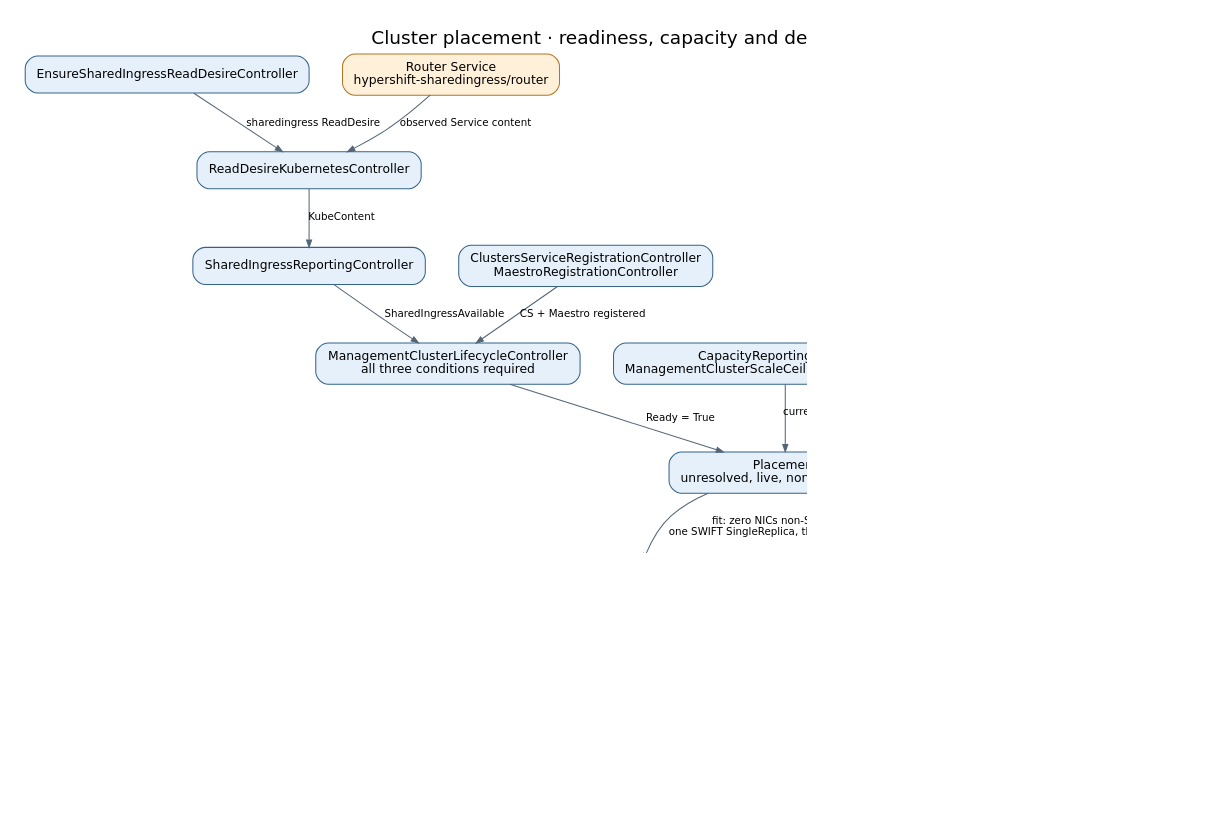
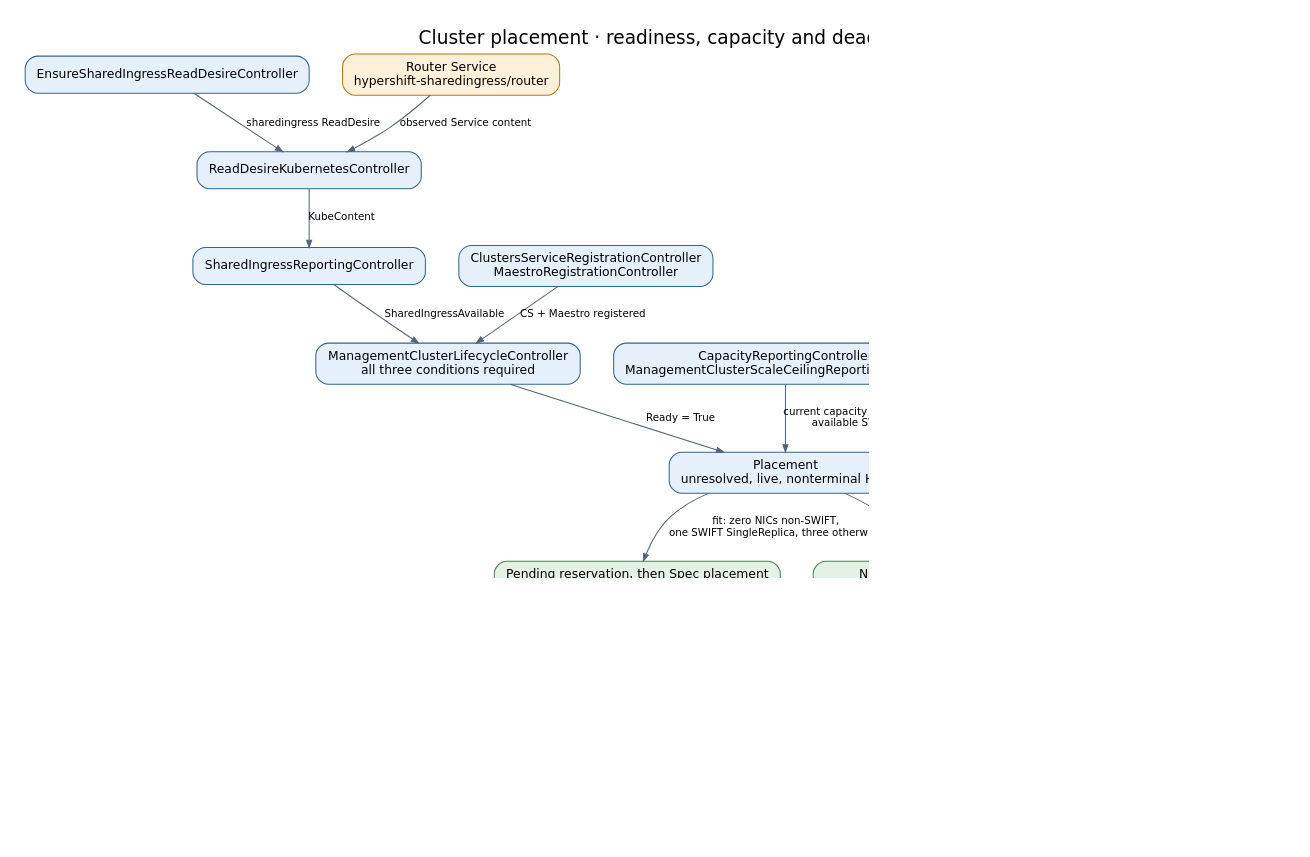
One commit to Azure/ARO-HCP changed the diagram in docs/diagrams/controller-flows/fleet-placement.dot. Above: the diagram before and after it, drawn with Graphviz. The commit also changed 58 other files, not shown here.

```diff
--- a/docs/diagrams/controller-flows/fleet-placement.dot
+++ b/docs/diagrams/controller-flows/fleet-placement.dot
@@ -1,36 +1,36 @@
 digraph fleet_placement {
   graph [rankdir=TB, bgcolor="white", pad="0.3", nodesep="0.45", ranksep="0.6", fontname="DejaVu Sans", fontsize=18, labelloc=t, dpi=110];
   node [shape=box, style="rounded,filled", fillcolor="#e6f0fa", color="#35648a", fontname="DejaVu Sans", fontsize=12, margin="0.16,0.10"];
   edge [color="#536577", fontname="DejaVu Sans", fontsize=10, arrowsize=0.7];
   label="Cluster placement · readiness, capacity and deadline";
   ensure [label="EnsureSharedIngressReadDesireController"];
   service [label="Router Service\nhypershift-sharedingress/router", fillcolor="#fff0da", color="#b27624"];
   mirror [label="ReadDesireKubernetesController"];
   ingress [label="SharedIngressReportingController"];
   registrations [label="ClustersServiceRegistrationController\nMaestroRegistrationController"];
   lifecycle [label="ManagementClusterLifecycleController\nall three conditions required"];
   capacity [label="CapacityReportingController\nManagementClusterScaleCeilingReportingController"];
   policy [label="ManagementCluster.Spec\nSchedulingPolicy = Schedulable", fillcolor="#e4f2e5", color="#4c8053"];
   placement [label="Placement\nunresolved, live, nonterminal HCP"];
   selected [label="Pending reservation, then Spec placement\nCapacityAvailable = True", fillcolor="#e4f2e5", color="#4c8053"];
   deferred [label="No fit: CapacityAvailable\nFalse (known blockers) or Unknown", fillcolor="#e4f2e5", color="#4c8053"];
   create [label="ClusterClusterServiceCreate"];
-  operation [label="OperationClusterCreate\nchecks placement before CS ID exists"];
-  failed [label="At overall deadline: Failed\nFalse → AROHCPCapacityHeavyUse\nmissing / Unknown → InternalServerError", fillcolor="#e4f2e5", color="#4c8053"];
+  operation [label="OperationClusterCreate\nmatching owner: expiry before normal observation\nDoes not require CS ID"];
+  failed [label="Past overall deadline: Failed / DeadlineExceeded\nNo Spec placement: best-effort cached diagnostic\nFalse: customer-safe capacity message\nmissing / Unknown: generic placement timeout", fillcolor="#fbe8e5", color="#a64f43"];
   ensure -> mirror [label="sharedingress ReadDesire"];
   service -> mirror [label="observed Service content"];
   mirror -> ingress [label="KubeContent"];
   ingress -> lifecycle [label="SharedIngressAvailable"];
   registrations -> lifecycle [label="CS + Maestro registered"];
   lifecycle -> placement [label="Ready = True"];
   capacity -> placement [label="current capacity + scaling data;\navailable SWIFT NICs"];
   policy -> placement [label="eligible policy"];
   placement -> selected [label="fit: zero NICs non-SWIFT,\none SWIFT SingleReplica, three otherwise"];
   placement -> deferred [label="no eligible fit"];
   selected -> create [label="selected provision shard"];
   selected -> operation [label="placement check satisfied;\nother checks still required"];
   deferred -> operation [label="unresolved placement"];
-  operation -> failed [label="still unresolved at deadline"];
+  operation -> failed [label="now > create deadline\n(nonterminal operation)"];
   deferred -> placement [label="enqueue after 29s", style=dashed, color="#857456", constraint=false];
-  operation -> operation [label="before deadline / no deadline:\nkeep waiting", style=dashed, color="#857456", constraint=false];
+  operation -> operation [label="at / before deadline or nil:\nunresolved placement keeps waiting", style=dashed, color="#857456", constraint=false];
 }
```
